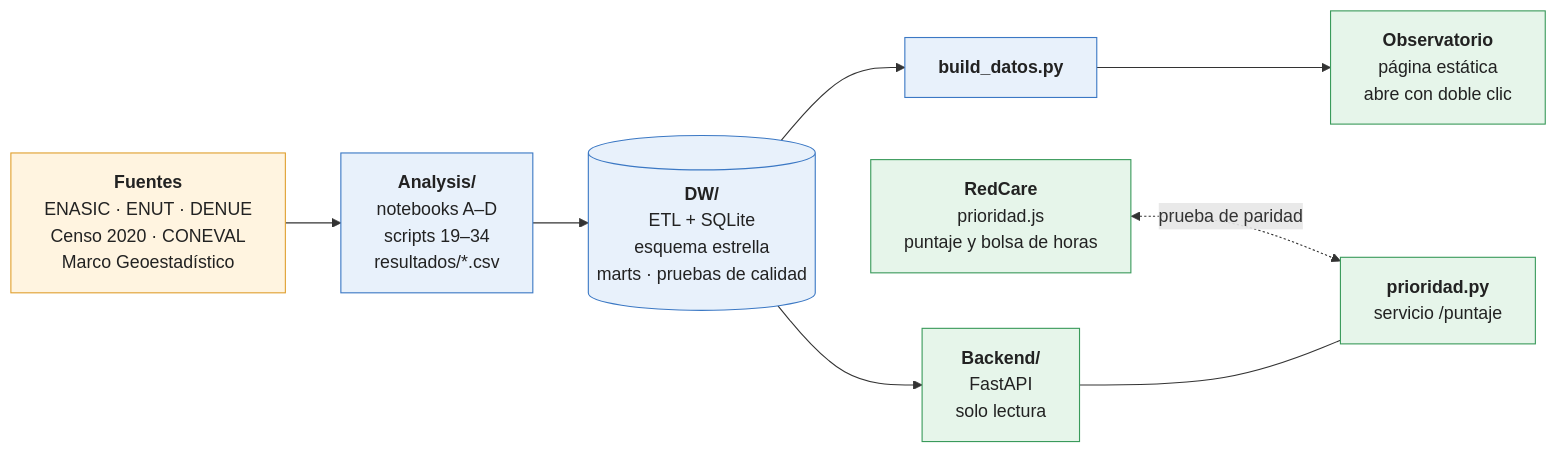
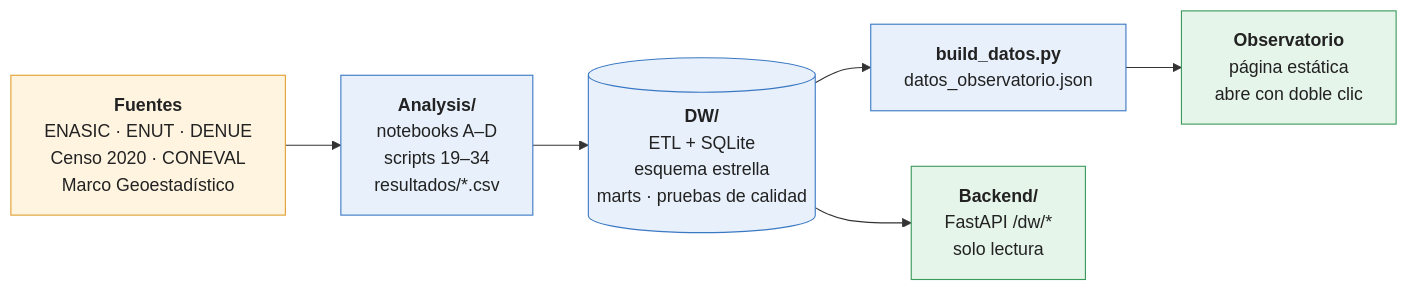
The first of 2 diagrams in README.md (Zidnz/pp26-2), drawn with Mermaid before and after one commit. The commit also changed other lines of this file, not shown here.

Commit message:
README: arquitectura separada para el Observatorio y para RedCare

````diff
--- a/README.md
+++ b/README.md
@@ -123,23 +127,19 @@
 ```mermaid
 flowchart LR
     F["<b>Fuentes</b><br/>ENASIC · ENUT · DENUE<br/>Censo 2020 · CONEVAL<br/>Marco Geoestadístico"]
     A["<b>Analysis/</b><br/>notebooks A–D<br/>scripts 19–34<br/>resultados/*.csv"]
     D[("<b>DW/</b><br/>ETL + SQLite<br/>esquema estrella<br/>marts · pruebas de calidad")]
-    B["<b>build_datos.py</b>"]
+    B["<b>build_datos.py</b><br/>datos_observatorio.json"]
     O["<b>Observatorio</b><br/>página estática<br/>abre con doble clic"]
-    API["<b>Backend/</b><br/>FastAPI<br/>solo lectura"]
-    R["<b>RedCare</b><br/>prioridad.js<br/>puntaje y bolsa de horas"]
-    P["<b>prioridad.py</b><br/>servicio /puntaje"]
+    API["<b>Backend/</b><br/>FastAPI /dw/*<br/>solo lectura"]
 
     F --> A --> D --> B --> O
     D --> API
-    R <-. "prueba de paridad" .-> P
-    API --- P
 
     classDef fuente fill:#fff4e0,stroke:#e0a030,color:#222
     classDef proceso fill:#e8f1fb,stroke:#3b78c4,color:#222
     classDef salida fill:#e6f5ea,stroke:#3a9a5b,color:#222
     class F fuente
     class A,D,B proceso
-    class O,API,R,P salida
+    class O,API salida
 ```
````
